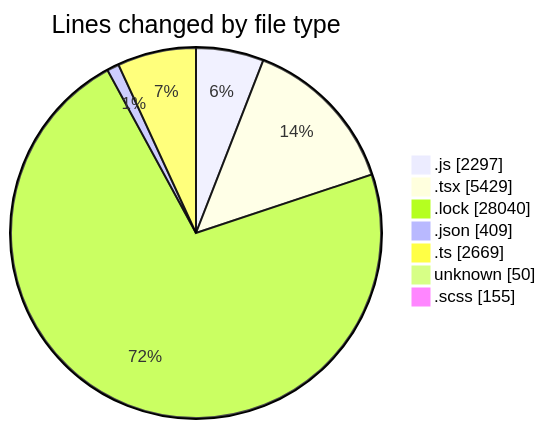
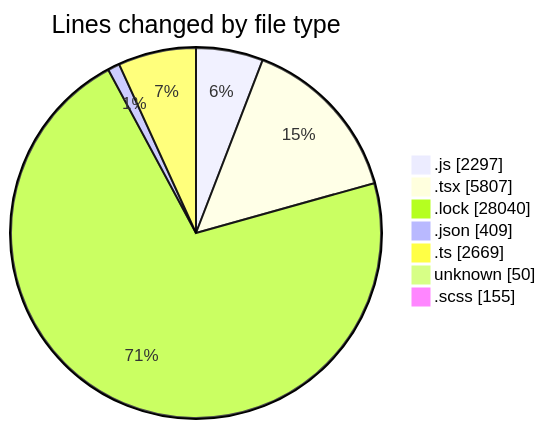
Before and after one commit to momahboobian/code-tracking: the first of 2 diagrams in 2026-06-16/cda/README.md, drawn with Mermaid. The commit also changed other lines of this file and 1 other file, not shown here.

````diff
--- a/2026-06-16/cda/README.md
+++ b/2026-06-16/cda/README.md
@@ -72,11 +72,11 @@
 ```mermaid
 pie showData
 title Lines changed by file type
 ".js" : 2297
-".tsx" : 5429
+".tsx" : 5807
 ".lock" : 28040
 ".json" : 409
 ".ts" : 2669
 "unknown" : 50
 ".scss" : 155
 ```
````
